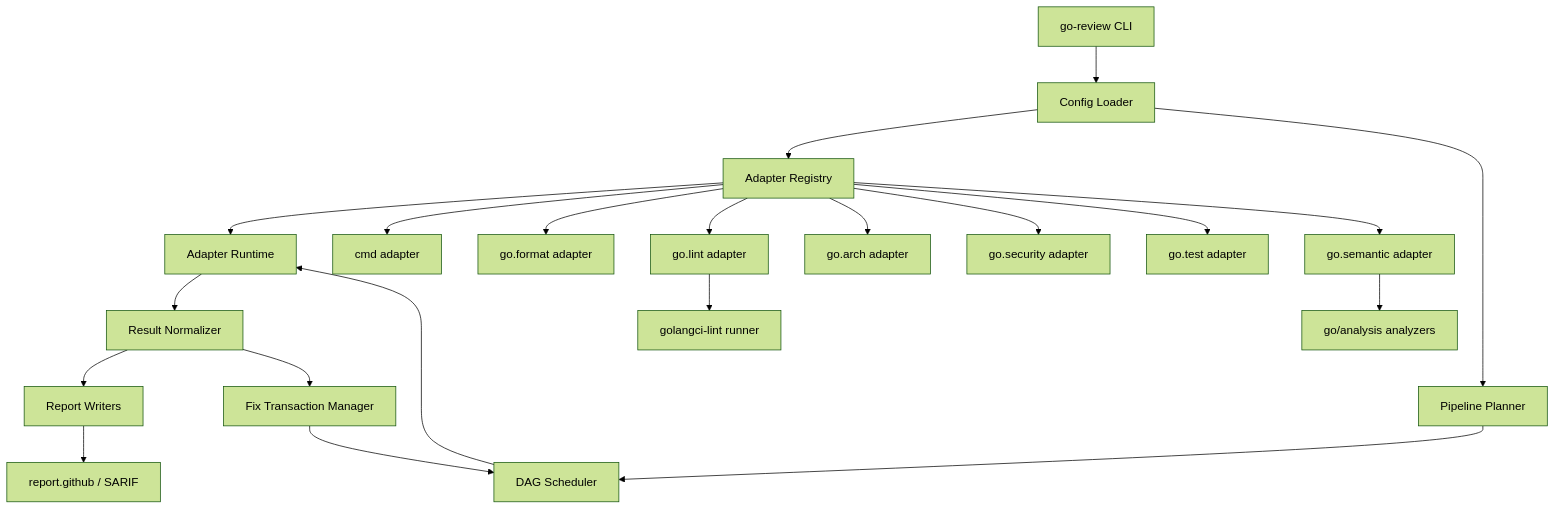
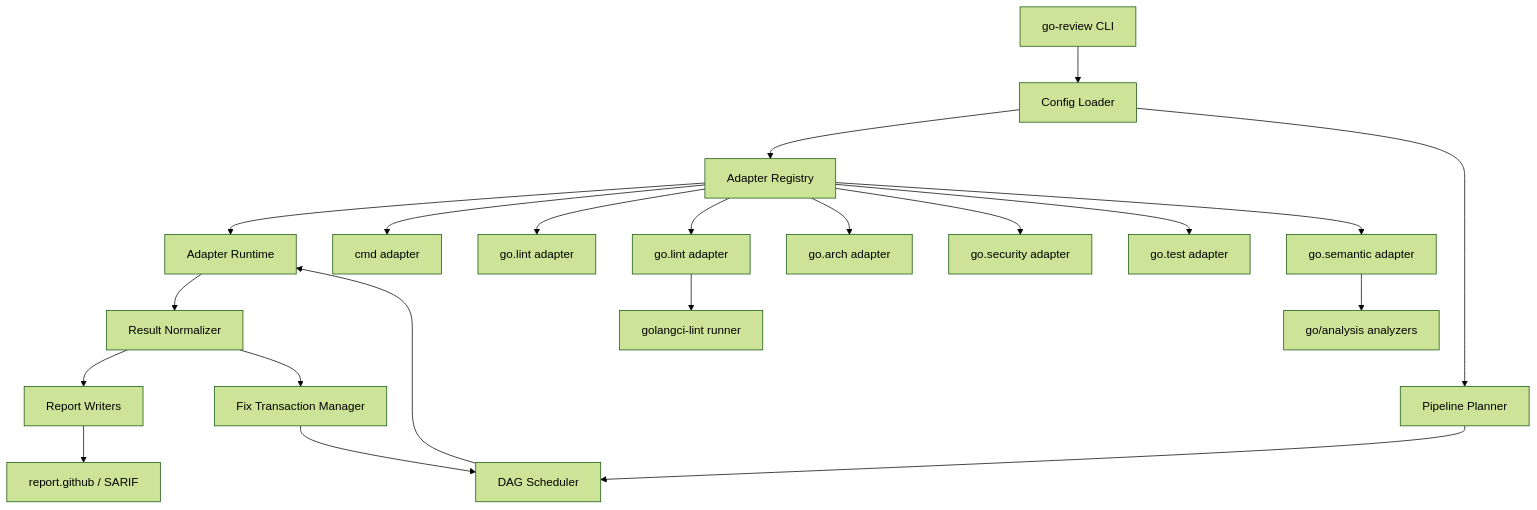
One commit to v111nce/go-review changed the diagram in docs/backend/rule-engine-and-autofix.md. Above: the diagram before and after it, drawn with Mermaid (forest theme). The commit also changed other lines of this file and 39 other files, not shown here.

````diff
--- a/docs/backend/rule-engine-and-autofix.md
+++ b/docs/backend/rule-engine-and-autofix.md
@@ -31,34 +31,34 @@
 ```mermaid
 flowchart TD
   cli[go-review CLI]
   cfg[Config Loader]
   registry[Adapter Registry]
   planner[Pipeline Planner]
   scheduler[DAG Scheduler]
   runtime[Adapter Runtime]
   normalizer[Result Normalizer]
   fixer[Fix Transaction Manager]
   writers[Report Writers]
 
   cli --> cfg
   cfg --> registry
   cfg --> planner
   planner --> scheduler
   scheduler --> runtime
   registry --> runtime
   runtime --> normalizer
   normalizer --> writers
   normalizer --> fixer
   fixer --> scheduler
 
   registry --> cmd[cmd adapter]
-  registry --> format[go.format adapter]
+  registry --> format[go.lint adapter]
   registry --> lint[go.lint adapter]
   registry --> arch[go.arch adapter]
   registry --> security[go.security adapter]
   registry --> test[go.test adapter]
   registry --> semantic[go.semantic adapter]
   lint --> gcl[golangci-lint runner]
   semantic --> analysis[go/analysis analyzers]
   writers --> github[report.github / SARIF]
 ```
````
